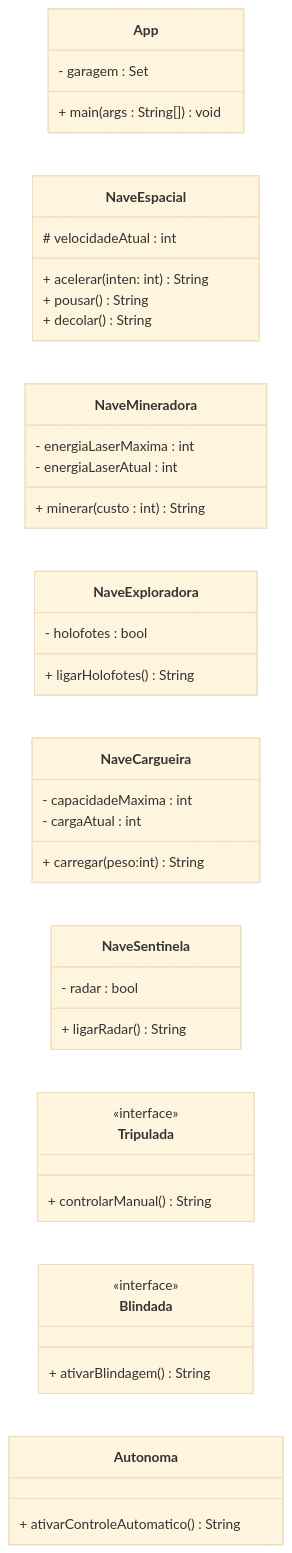
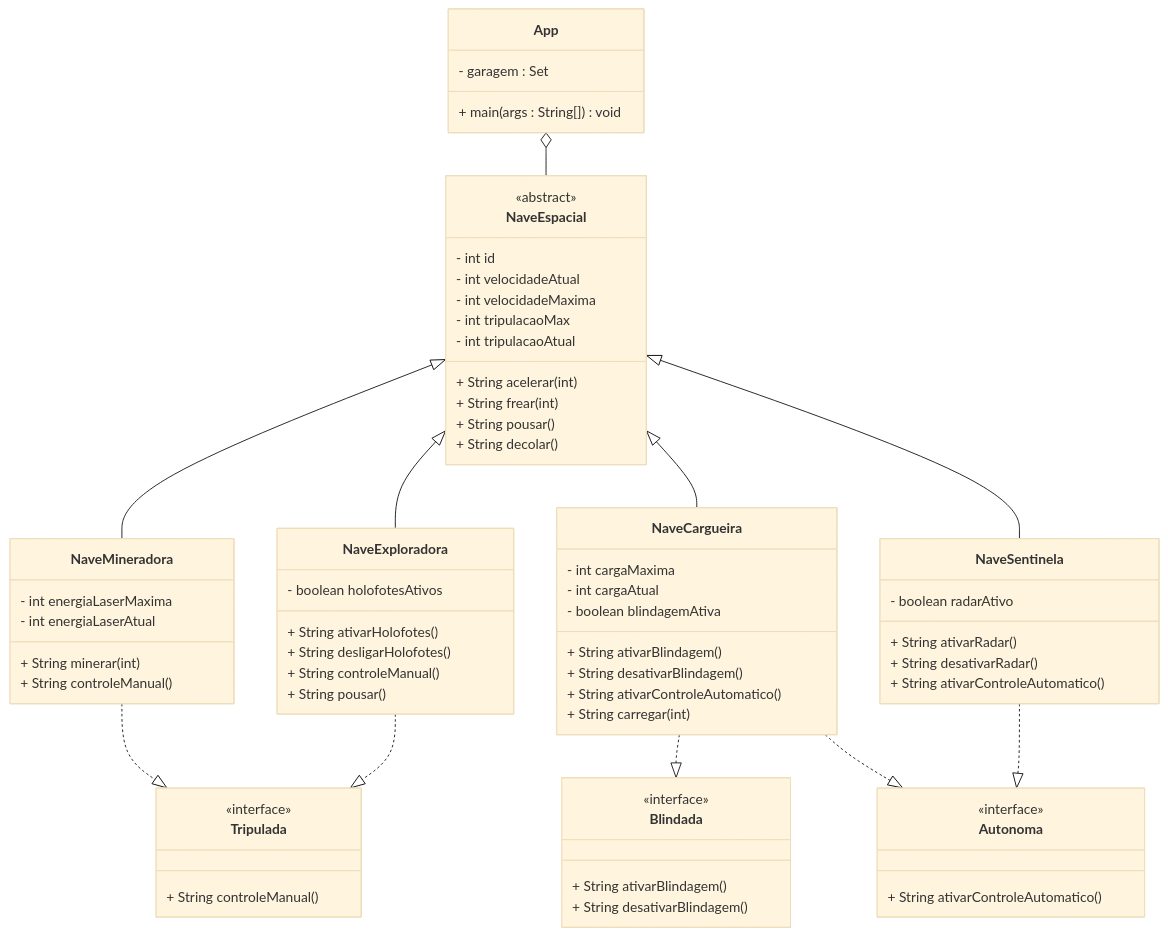
Before and after one commit to sergio-prolo-class/lista-4-devdivos: the diagram in readme.md, drawn with Mermaid (base theme). The commit also changed 8 other files, not shown here.

````diff
--- a/readme.md
+++ b/readme.md
@@ -9,52 +9,80 @@
 ```mermaid
 classDiagram
-    direction LR
-    class App{
+    class App {
         - garagem : Set<NaveEspacial>
         + main(args : String[]) void
     }
-    
-    class NaveEspacial{
-        # velocidadeAtual : int
-        + acelerar(inten: int) String
-        + pousar() String
-        + decolar() String
-    } 
-    
-    class NaveMineradora{
-        - energiaLaserMaxima : int
-        - energiaLaserAtual : int
-        + minerar(custo : int) String
+    class NaveEspacial {
+        <<abstract>>
+        - int id
+        - int velocidadeAtual
+        - int velocidadeMaxima
+        - int tripulacaoMax
+        - int tripulacaoAtual
+        + String acelerar(int)
+        + String frear(int)
+        + String pousar()
+        + String decolar()
+    }
+
+    class Autonoma {
+        <<interface>>
+        + String ativarControleAutomatico()
+    }
+
+    class Tripulada {
+        <<interface>>
+        + String controleManual()
+    }
+
+    class Blindada {
+        <<interface>>
+        + String ativarBlindagem()
+        + String desativarBlindagem()
+    }
+
+    class NaveMineradora {
+        - int energiaLaserMaxima
+        - int energiaLaserAtual
+        + String minerar(int)
+        + String controleManual()
+    }
+
+    class NaveExploradora {
+        - boolean holofotesAtivos
+        + String ativarHolofotes()
+        + String desligarHolofotes()
+        + String controleManual()
+        + String pousar()
+    }
+
+    class NaveCargueira {
+        - int cargaMaxima
+        - int cargaAtual
+        - boolean blindagemAtiva
+        + String ativarBlindagem()
+        + String desativarBlindagem()
+        + String ativarControleAutomatico()
+        + String carregar(int)
+    }
+
+    class NaveSentinela {
+        - boolean radarAtivo
+        + String ativarRadar()
+        + String desativarRadar()
+        + String ativarControleAutomatico()
     }
     
-    class NaveExploradora{
-        - holofotes : bool
-        + ligarHolofotes() String
-    }
-    
-    class NaveCargueira{
-        - capacidadeMaxima : int
-        - cargaAtual : int
-        + carregar(peso:int) String
-    }
-    
-    class NaveSentinela{
-        - radar : bool
-        + ligarRadar() String
-    }
-    
-    class Tripulada{
-        <<interface>>
-        + controlarManual() String
-    }
-    
-    class Blindada{
-        <<interface>>
-        + ativarBlindagem() String
-    }
-    
-    class Autonoma{
-        + ativarControleAutomatico() String
-    }
+    App o-- NaveEspacial
+    NaveEspacial <|-- NaveMineradora
+    NaveEspacial <|-- NaveExploradora
+    NaveEspacial <|-- NaveCargueira
+    NaveEspacial <|-- NaveSentinela
+
+    NaveMineradora ..|> Tripulada
+    NaveExploradora ..|> Tripulada
+    NaveCargueira ..|> Blindada
+    NaveCargueira ..|> Autonoma
+    NaveSentinela ..|> Autonoma
 
 ```
````
